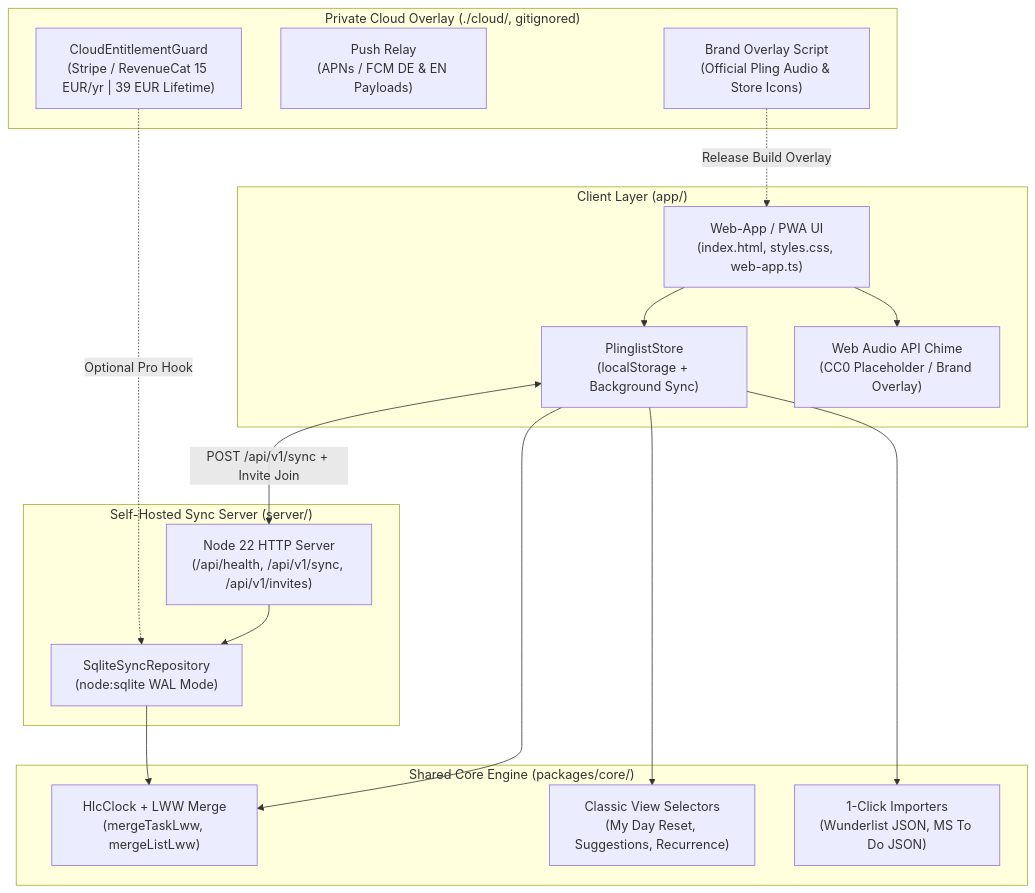
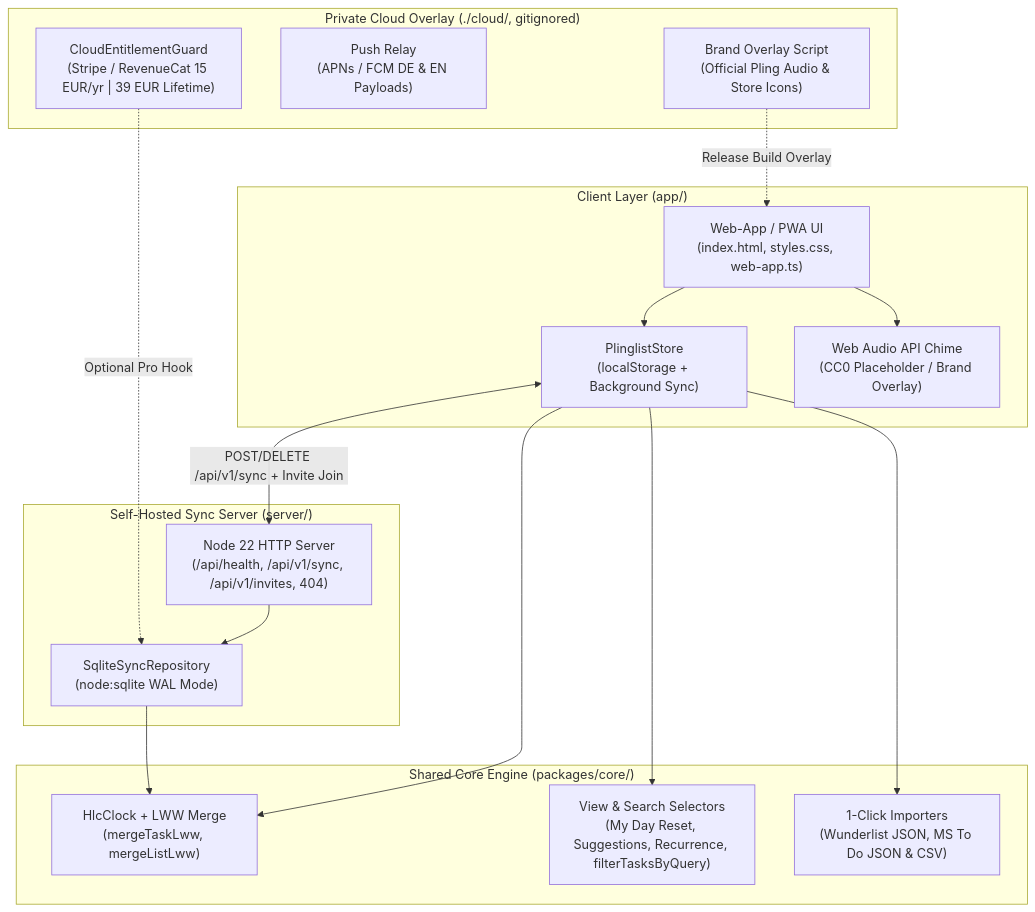
The diagram in ARCHITECTURE.md (thefraggle/plinglist), drawn with Mermaid before and after one commit. The commit also changed other lines of this file and 17 other files, not shown here.

````diff
--- a/ARCHITECTURE.md
+++ b/ARCHITECTURE.md
@@ -19,36 +19,36 @@
 ```mermaid
 flowchart TB
     subgraph Clients["Client Layer (app/)"]
         WebUI["Web-App / PWA UI\n(index.html, styles.css, web-app.ts)"]
         Store["PlinglistStore\n(localStorage + Background Sync)"]
         Audio["Web Audio API Chime\n(CC0 Placeholder / Brand Overlay)"]
         WebUI --> Store
         WebUI --> Audio
     end
 
     subgraph Core["Shared Core Engine (packages/core/)"]
         HLC["HlcClock + LWW Merge\n(mergeTaskLww, mergeListLww)"]
-        Views["Classic View Selectors\n(My Day Reset, Suggestions, Recurrence)"]
-        Importers["1-Click Importers\n(Wunderlist JSON, MS To Do JSON)"]
+        Views["View & Search Selectors\n(My Day Reset, Suggestions, Recurrence, filterTasksByQuery)"]
+        Importers["1-Click Importers\n(Wunderlist JSON, MS To Do JSON & CSV)"]
         Store --> HLC
         Store --> Views
         Store --> Importers
     end
 
     subgraph Server["Self-Hosted Sync Server (server/)"]
-        HTTP["Node 22 HTTP Server\n(/api/health, /api/v1/sync, /api/v1/invites)"]
+        HTTP["Node 22 HTTP Server\n(/api/health, /api/v1/sync, /api/v1/invites, 404)"]
         Repo["SqliteSyncRepository\n(node:sqlite WAL Mode)"]
         HTTP --> Repo
         Repo --> HLC
     end
 
     subgraph Cloud["Private Cloud Overlay (./cloud/, gitignored)"]
         Guard["CloudEntitlementGuard\n(Stripe / RevenueCat 15 EUR/yr | 39 EUR Lifetime)"]
         Push["Push Relay\n(APNs / FCM DE & EN Payloads)"]
         Assets["Brand Overlay Script\n(Official Pling Audio & Store Icons)"]
     end
 
-    Store <-->|POST /api/v1/sync + Invite Join| HTTP
+    Store <-->|POST/DELETE /api/v1/sync + Invite Join| HTTP
     Guard -.->|Optional Pro Hook| Repo
     Assets -.->|Release Build Overlay| WebUI
 ```
````
